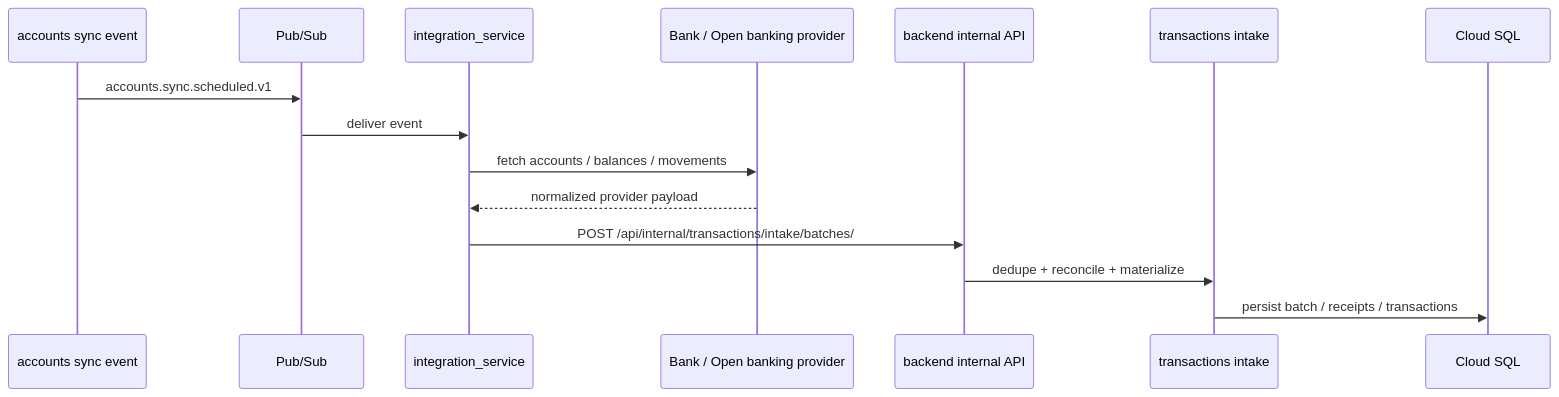
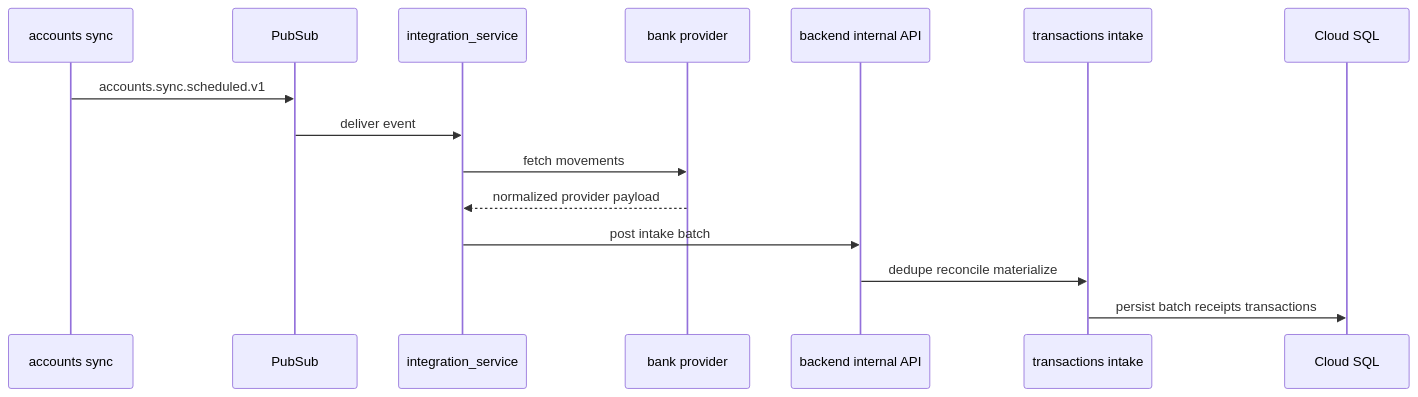
Before and after one commit to Jhon32-hue/Vexxo_Backend_API: diagram 18 of 18 in README.md, drawn with Mermaid. The commit also changed other lines of this file and 1 other file, not shown here.

Commit message:
Correción diagrama 6.5

````diff
--- a/README.md
+++ b/README.md
@@ -1127,18 +1127,18 @@
 ```mermaid
 sequenceDiagram
-    participant ACC as accounts sync event
-    participant BUS as Pub/Sub
+    participant ACC as accounts sync
+    participant BUS as PubSub
     participant INT as integration_service
-    participant BANK as Bank / Open banking provider
+    participant BANK as bank provider
     participant API as backend internal API
     participant TX as transactions intake
-    participant SQL as Cloud SQL
+    participant DB as Cloud SQL
 
     ACC->>BUS: accounts.sync.scheduled.v1
     BUS->>INT: deliver event
-    INT->>BANK: fetch accounts / balances / movements
+    INT->>BANK: fetch movements
     BANK-->>INT: normalized provider payload
-    INT->>API: POST /api/internal/transactions/intake/batches/
-    API->>TX: dedupe + reconcile + materialize
-    TX->>SQL: persist batch / receipts / transactions
+    INT->>API: post intake batch
+    API->>TX: dedupe reconcile materialize
+    TX->>DB: persist batch receipts transactions
 ```
````
